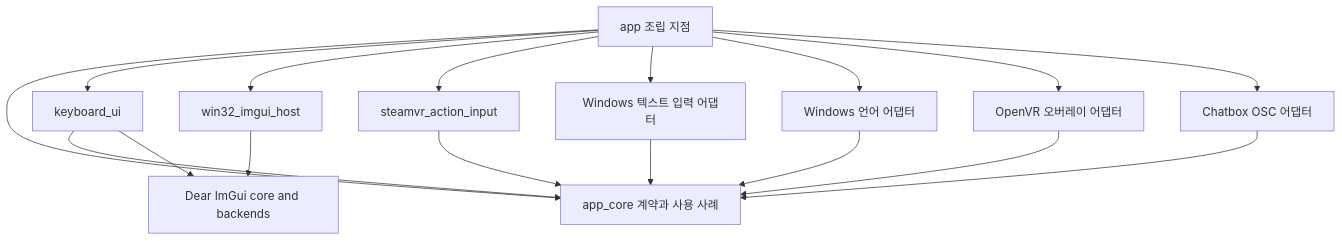
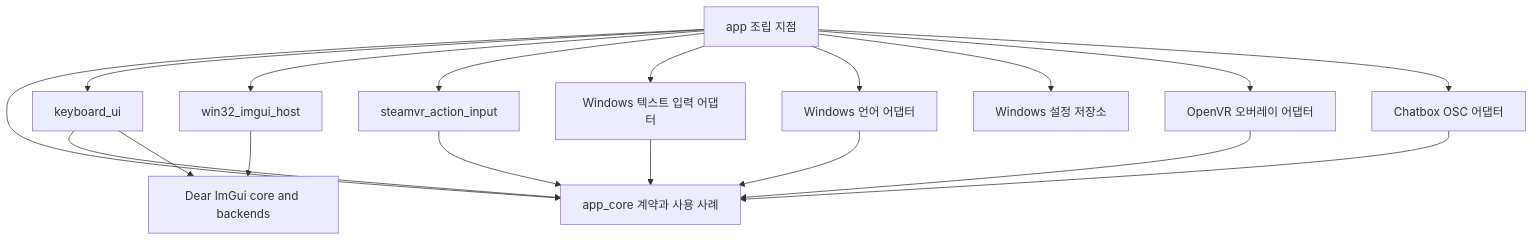
One commit to prunusnira/vr-overlay-keyboard changed the diagram in docs/ARCHITECTURE.md. Above: the diagram before and after it, drawn with Mermaid. The commit also changed other lines of this file and 21 other files, not shown here.

````diff
--- a/docs/ARCHITECTURE.md
+++ b/docs/ARCHITECTURE.md
@@ -53,29 +55,31 @@
 ```mermaid
 flowchart TB
     App[app 조립 지점]
     Core[app_core 계약과 사용 사례]
     UI[keyboard_ui]
     ImGui[Dear ImGui core and backends]
     Host[win32_imgui_host]
     Trigger[steamvr_action_input]
     Text[Windows 텍스트 입력 어댑터]
     Language[Windows 언어 어댑터]
+    Settings[Windows 설정 저장소]
     Overlay[OpenVR 오버레이 어댑터]
     OSC[Chatbox OSC 어댑터]
     UI --> Core
     UI --> ImGui
     Host --> ImGui
     Trigger --> Core
     Text --> Core
     Language --> Core
     Overlay --> Core
     OSC --> Core
     App --> Core
     App --> UI
     App --> Host
     App --> Trigger
     App --> Text
     App --> Language
+    App --> Settings
     App --> Overlay
     App --> OSC
 ```
````
